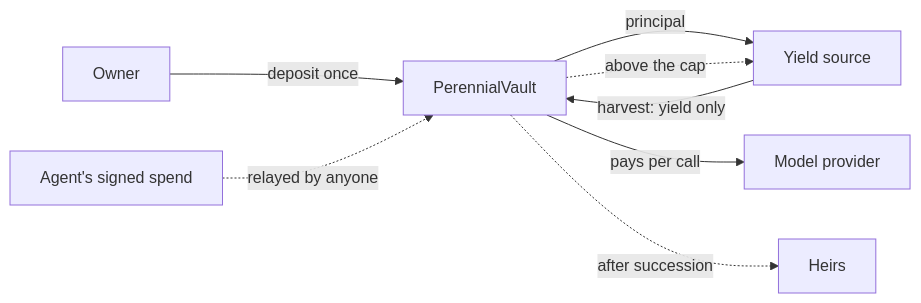
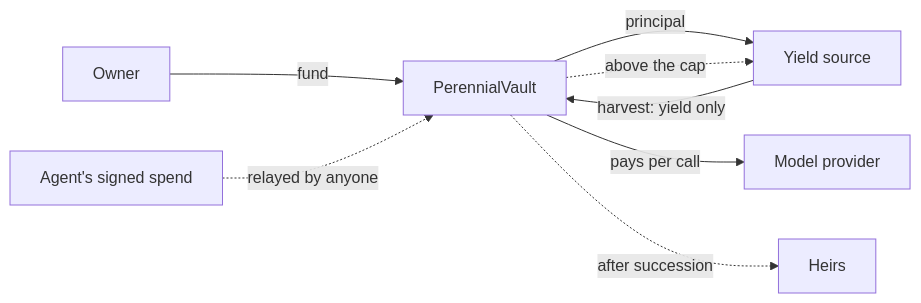
Before and after one commit to raldblox/perennial: the diagram in README.md, drawn with Mermaid. The commit also changed other lines of this file, not shown here.

````diff
--- a/README.md
+++ b/README.md
@@ -47,10 +64,10 @@
 ```mermaid
 flowchart LR
-    O[Owner] -->|deposit once| V[PerennialVault]
+    O[Owner] -->|fund| V[PerennialVault]
     V -->|principal| S[Yield source]
     S -->|harvest: yield only| V
     A[Agent's signed spend] -.->|relayed by anyone| V
     V -->|pays per call| M[Model provider]
     V -.->|above the cap| S
     V -.->|after succession| H[Heirs]
 ```
````
